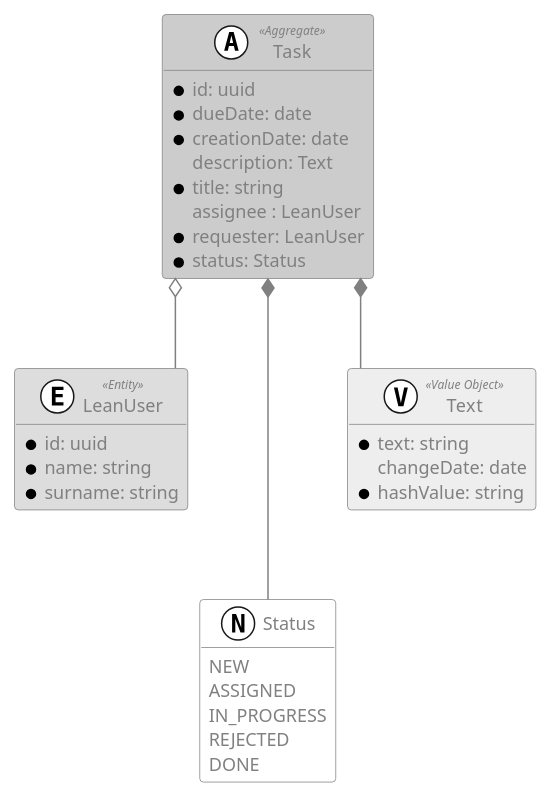
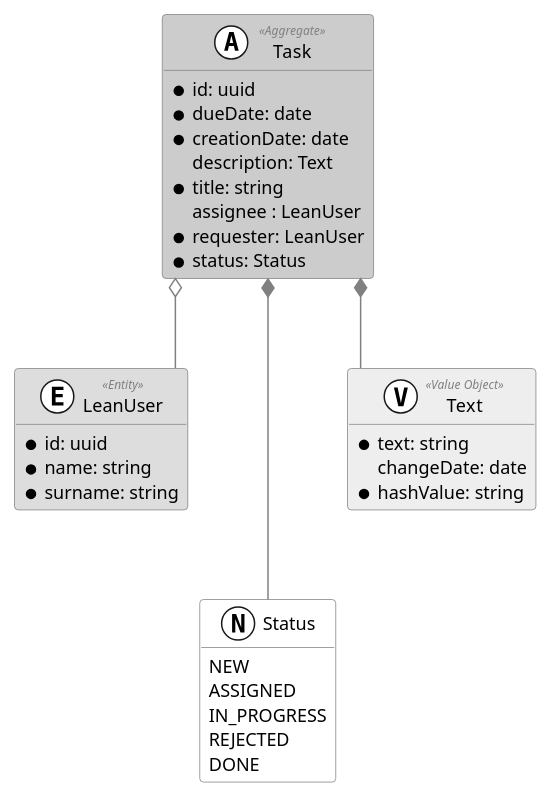
The diagram in TacticalDesign/TaskManagement/TaskManagement.puml (Grinseteddy/MasteringDdd), drawn with PlantUML before and after one commit. The commit also changed 5 other files, not shown here.

```diff
--- a/TacticalDesign/TaskManagement/TaskManagement.puml
+++ b/TacticalDesign/TaskManagement/TaskManagement.puml
@@ -1,74 +1,74 @@
 @startuml
 'https://plantuml.com/class-diagram
 
 hide empty members
 skinparam linetype ortho
 
 skinparam class {
     backgroundcolor #FFFFFF
     backgroundcolor<<Aggregate>> #CCCCCC
     backgroundcolor<<Entity>> #DDDDDD
     backgroundcolor<<Value Object>> #EEEEEE
 
     bordercolor grey
     fontcolor grey
-    fontcolor<<Aggregate>> grey
-    fontcolor<<Entity>> grey
-    fontcolor<<Value Object>> grey
+    fontcolor<<Aggregate>> black
+    fontcolor<<Entity>> black
+    fontcolor<<Value Object>> black
 
-    attributefontcolor grey
+    attributefontcolor black
     attributefontsize 12
-    attributefontcolor<<Aggregate>> grey
+    attributefontcolor<<Aggregate>> black
 
     stereotypefontcolor grey
     stereotypefontsize 8
 
 
 }
 
 skinparam arrow {
     color grey
     fontcolor grey
     fontsize 10
 }
 
 class "Task"  as task <<(A,#FFFFFF) Aggregate>> {
     * id: uuid
     * dueDate: date
     * creationDate: date
     description: Text
     * title: string
     assignee : LeanUser
     * requester: LeanUser
     * status: Status
 }
 
 class "LeanUser" as leanUser <<(E,#FFFFFF) Entity>> {
     * id: uuid
     * name: string
     * surname: string
 }
 
 enum "Status" as status <<(N, #FFFFFF)>> {
     NEW
     ASSIGNED
     IN_PROGRESS
     REJECTED
     DONE
 }
 
 class "Text" as text <<V,#FFFFFF) Value Object>> {
     *text: string
     changeDate: date
     *hashValue: string
 }
 
 task o-- leanUser
 task *-- text
 task *-- status
 
 'layoust
 text *-[hidden]- status
 leanUser *-[hidden]- status
 
 @enduml
```
